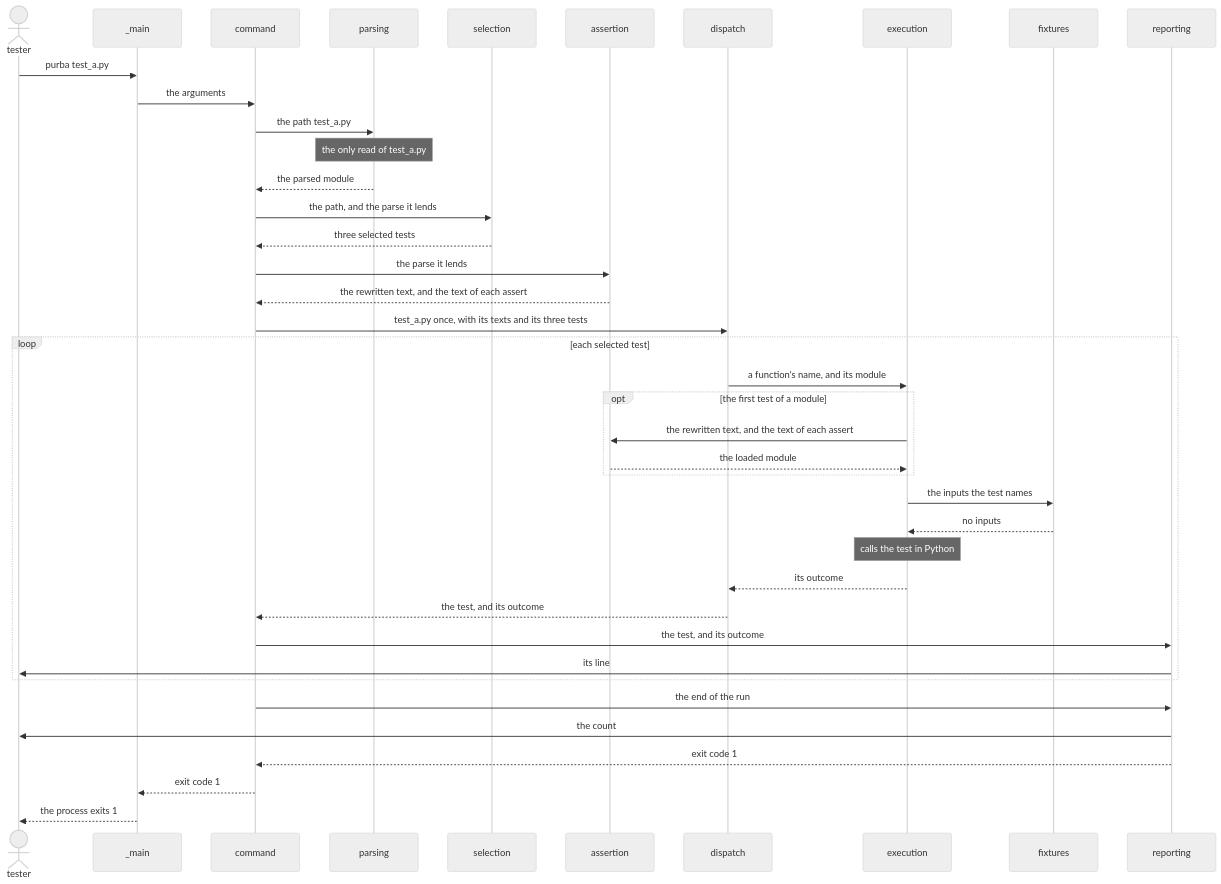
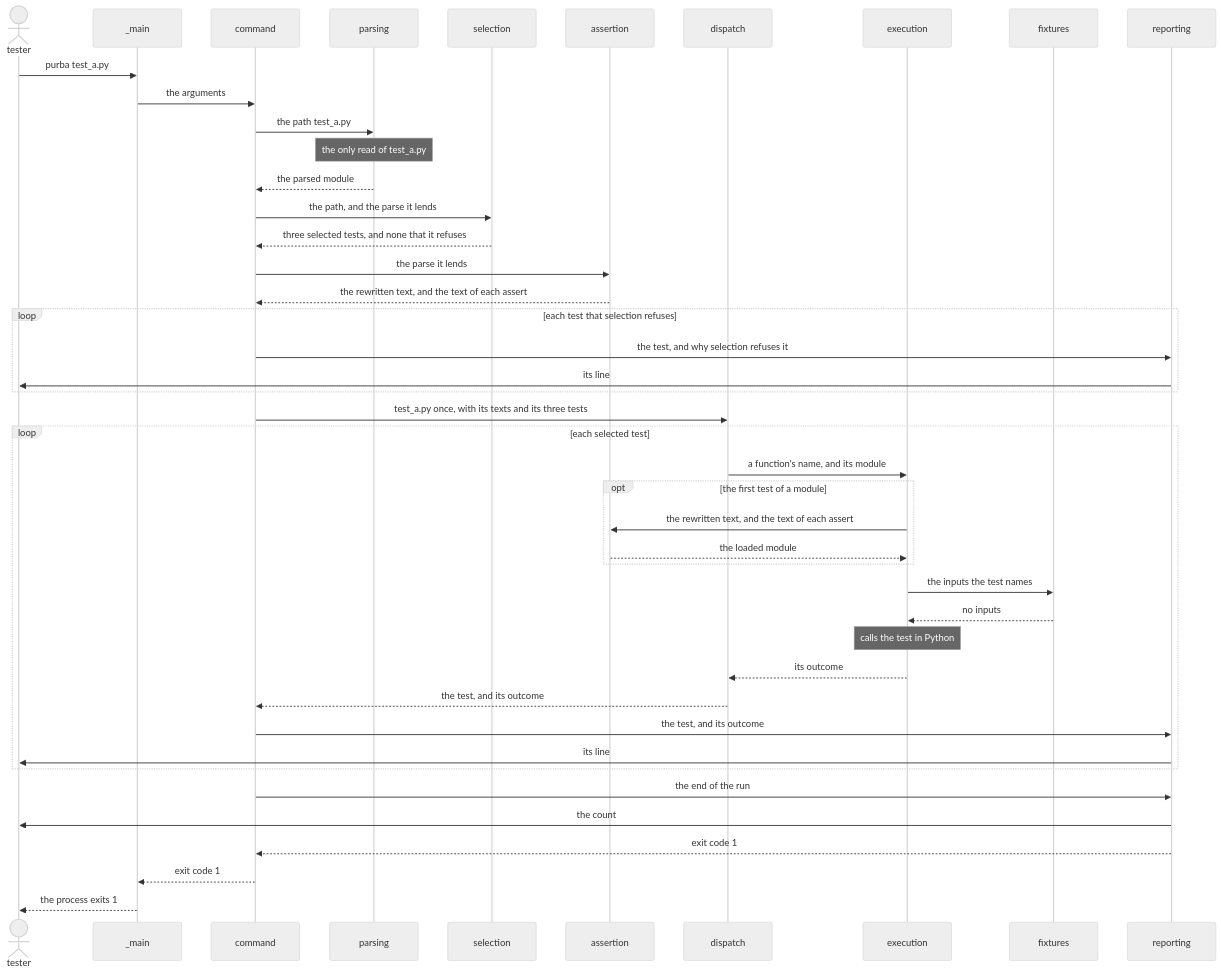
The third of 3 diagrams in LANDSCAPE.md (kalonji-tools/purba), drawn with Mermaid (neutral theme) before and after one commit. The commit also changed other lines of this file and 12 other files, not shown here.

````diff
--- a/LANDSCAPE.md
+++ b/LANDSCAPE.md
@@ -84,42 +84,46 @@
 ```mermaid
 sequenceDiagram
   actor tester
   participant main as _main
   participant command
   participant parsing
   participant selection
   participant assertion
   participant dispatch
   participant execution
   participant fixtures
   participant reporting
   tester ->> main: purba test_a.py
   main ->> command: the arguments
   command ->> parsing: the path test_a.py
   Note over parsing: the only read of test_a.py
   parsing -->> command: the parsed module
   command ->> selection: the path, and the parse it lends
-  selection -->> command: three selected tests
+  selection -->> command: three selected tests, and none that it refuses
   command ->> assertion: the parse it lends
   assertion -->> command: the rewritten text, and the text of each assert
+  loop each test that selection refuses
+    command ->> reporting: the test, and why selection refuses it
+    reporting ->> tester: its line
+  end
   command ->> dispatch: test_a.py once, with its texts and its three tests
   loop each selected test
     dispatch ->> execution: a function's name, and its module
     opt the first test of a module
       execution ->> assertion: the rewritten text, and the text of each assert
       assertion -->> execution: the loaded module
     end
     execution ->> fixtures: the inputs the test names
     fixtures -->> execution: no inputs
     Note over execution: calls the test in Python
     execution -->> dispatch: its outcome
     dispatch -->> command: the test, and its outcome
     command ->> reporting: the test, and its outcome
     reporting ->> tester: its line
   end
   command ->> reporting: the end of the run
   reporting ->> tester: the count
   reporting -->> command: exit code 1
   command -->> main: exit code 1
   main -->> tester: the process exits 1
 ```
````
